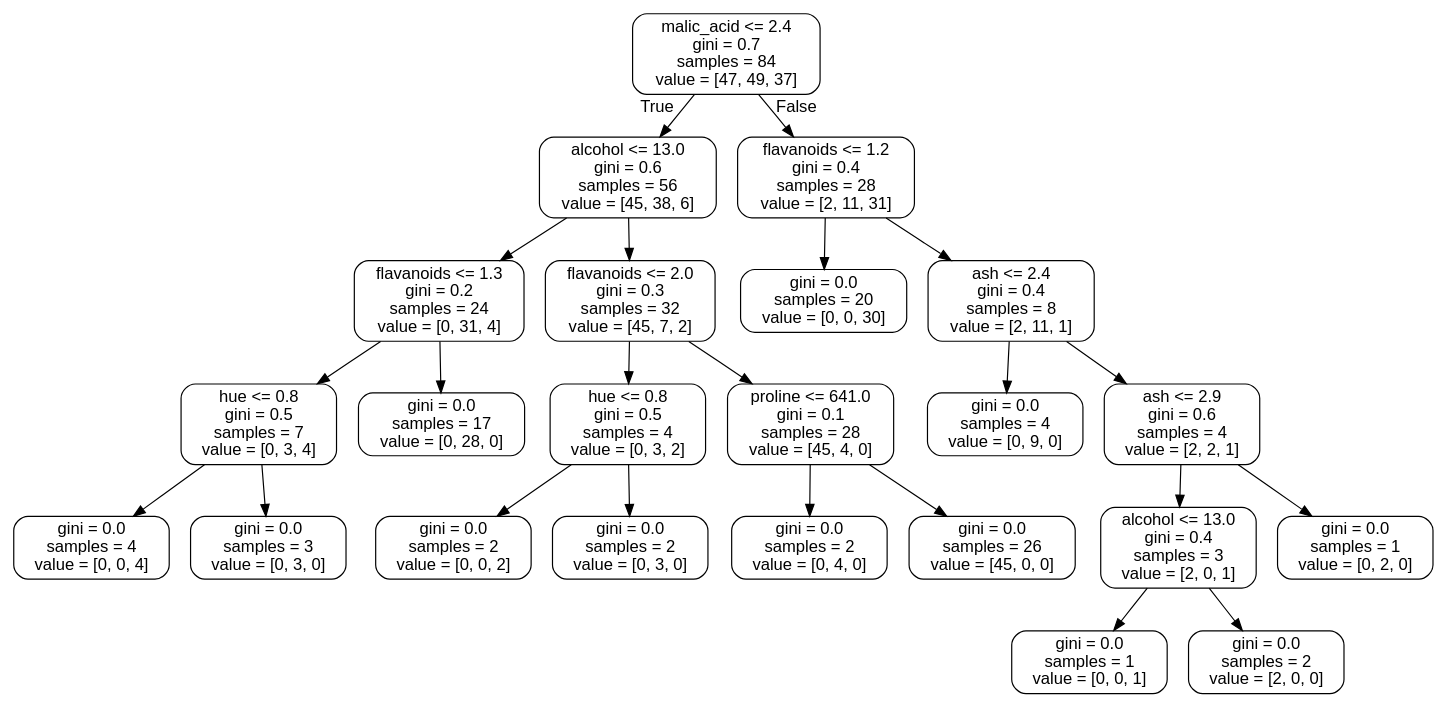
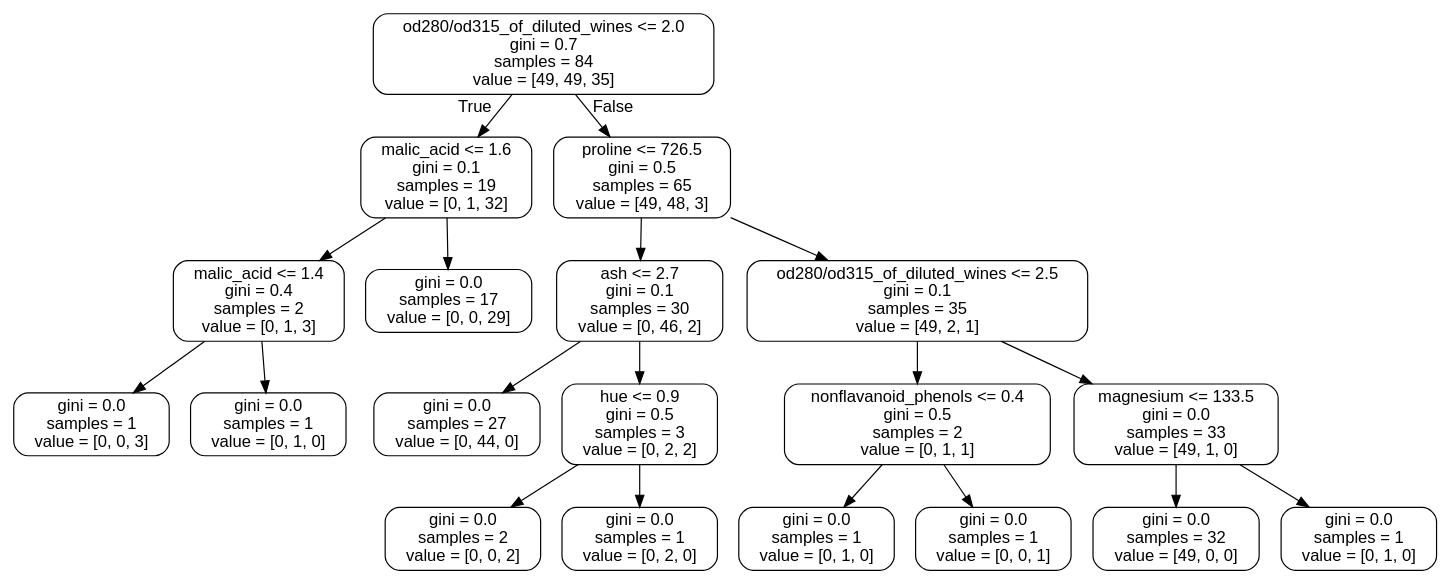
Before and after one commit to imoyfe/Wine-classification: the diagram in tree.dot, drawn with Graphviz. The commit also changed 4 other files, not shown here.

```diff
--- a/tree.dot
+++ b/tree.dot
@@ -1,49 +1,41 @@
 digraph Tree {
 node [shape=box, style="rounded", color="black", fontname=helvetica] ;
 edge [fontname=helvetica] ;
-0 [label="malic_acid <= 2.4\ngini = 0.7\nsamples = 84\nvalue = [47, 49, 37]"] ;
-1 [label="alcohol <= 13.0\ngini = 0.6\nsamples = 56\nvalue = [45, 38, 6]"] ;
+0 [label="od280/od315_of_diluted_wines <= 2.0\ngini = 0.7\nsamples = 84\nvalue = [49, 49, 35]"] ;
+1 [label="malic_acid <= 1.6\ngini = 0.1\nsamples = 19\nvalue = [0, 1, 32]"] ;
 0 -> 1 [labeldistance=2.5, labelangle=45, headlabel="True"] ;
-2 [label="flavanoids <= 1.3\ngini = 0.2\nsamples = 24\nvalue = [0, 31, 4]"] ;
+2 [label="malic_acid <= 1.4\ngini = 0.4\nsamples = 2\nvalue = [0, 1, 3]"] ;
 1 -> 2 ;
-3 [label="hue <= 0.8\ngini = 0.5\nsamples = 7\nvalue = [0, 3, 4]"] ;
+3 [label="gini = 0.0\nsamples = 1\nvalue = [0, 0, 3]"] ;
 2 -> 3 ;
-4 [label="gini = 0.0\nsamples = 4\nvalue = [0, 0, 4]"] ;
-3 -> 4 ;
-5 [label="gini = 0.0\nsamples = 3\nvalue = [0, 3, 0]"] ;
-3 -> 5 ;
-6 [label="gini = 0.0\nsamples = 17\nvalue = [0, 28, 0]"] ;
-2 -> 6 ;
-7 [label="flavanoids <= 2.0\ngini = 0.3\nsamples = 32\nvalue = [45, 7, 2]"] ;
-1 -> 7 ;
-8 [label="hue <= 0.8\ngini = 0.5\nsamples = 4\nvalue = [0, 3, 2]"] ;
+4 [label="gini = 0.0\nsamples = 1\nvalue = [0, 1, 0]"] ;
+2 -> 4 ;
+5 [label="gini = 0.0\nsamples = 17\nvalue = [0, 0, 29]"] ;
+1 -> 5 ;
+6 [label="proline <= 726.5\ngini = 0.5\nsamples = 65\nvalue = [49, 48, 3]"] ;
+0 -> 6 [labeldistance=2.5, labelangle=-45, headlabel="False"] ;
+7 [label="ash <= 2.7\ngini = 0.1\nsamples = 30\nvalue = [0, 46, 2]"] ;
+6 -> 7 ;
+8 [label="gini = 0.0\nsamples = 27\nvalue = [0, 44, 0]"] ;
 7 -> 8 ;
-9 [label="gini = 0.0\nsamples = 2\nvalue = [0, 0, 2]"] ;
-8 -> 9 ;
-10 [label="gini = 0.0\nsamples = 2\nvalue = [0, 3, 0]"] ;
-8 -> 10 ;
-11 [label="proline <= 641.0\ngini = 0.1\nsamples = 28\nvalue = [45, 4, 0]"] ;
-7 -> 11 ;
-12 [label="gini = 0.0\nsamples = 2\nvalue = [0, 4, 0]"] ;
-11 -> 12 ;
-13 [label="gini = 0.0\nsamples = 26\nvalue = [45, 0, 0]"] ;
-11 -> 13 ;
-14 [label="flavanoids <= 1.2\ngini = 0.4\nsamples = 28\nvalue = [2, 11, 31]"] ;
-0 -> 14 [labeldistance=2.5, labelangle=-45, headlabel="False"] ;
-15 [label="gini = 0.0\nsamples = 20\nvalue = [0, 0, 30]"] ;
-14 -> 15 ;
-16 [label="ash <= 2.4\ngini = 0.4\nsamples = 8\nvalue = [2, 11, 1]"] ;
-14 -> 16 ;
-17 [label="gini = 0.0\nsamples = 4\nvalue = [0, 9, 0]"] ;
+9 [label="hue <= 0.9\ngini = 0.5\nsamples = 3\nvalue = [0, 2, 2]"] ;
+7 -> 9 ;
+10 [label="gini = 0.0\nsamples = 2\nvalue = [0, 0, 2]"] ;
+9 -> 10 ;
+11 [label="gini = 0.0\nsamples = 1\nvalue = [0, 2, 0]"] ;
+9 -> 11 ;
+12 [label="od280/od315_of_diluted_wines <= 2.5\ngini = 0.1\nsamples = 35\nvalue = [49, 2, 1]"] ;
+6 -> 12 ;
+13 [label="nonflavanoid_phenols <= 0.4\ngini = 0.5\nsamples = 2\nvalue = [0, 1, 1]"] ;
+12 -> 13 ;
+14 [label="gini = 0.0\nsamples = 1\nvalue = [0, 1, 0]"] ;
+13 -> 14 ;
+15 [label="gini = 0.0\nsamples = 1\nvalue = [0, 0, 1]"] ;
+13 -> 15 ;
+16 [label="magnesium <= 133.5\ngini = 0.0\nsamples = 33\nvalue = [49, 1, 0]"] ;
+12 -> 16 ;
+17 [label="gini = 0.0\nsamples = 32\nvalue = [49, 0, 0]"] ;
 16 -> 17 ;
-18 [label="ash <= 2.9\ngini = 0.6\nsamples = 4\nvalue = [2, 2, 1]"] ;
+18 [label="gini = 0.0\nsamples = 1\nvalue = [0, 1, 0]"] ;
 16 -> 18 ;
-19 [label="alcohol <= 13.0\ngini = 0.4\nsamples = 3\nvalue = [2, 0, 1]"] ;
-18 -> 19 ;
-20 [label="gini = 0.0\nsamples = 1\nvalue = [0, 0, 1]"] ;
-19 -> 20 ;
-21 [label="gini = 0.0\nsamples = 2\nvalue = [2, 0, 0]"] ;
-19 -> 21 ;
-22 [label="gini = 0.0\nsamples = 1\nvalue = [0, 2, 0]"] ;
-18 -> 22 ;
 }
```
